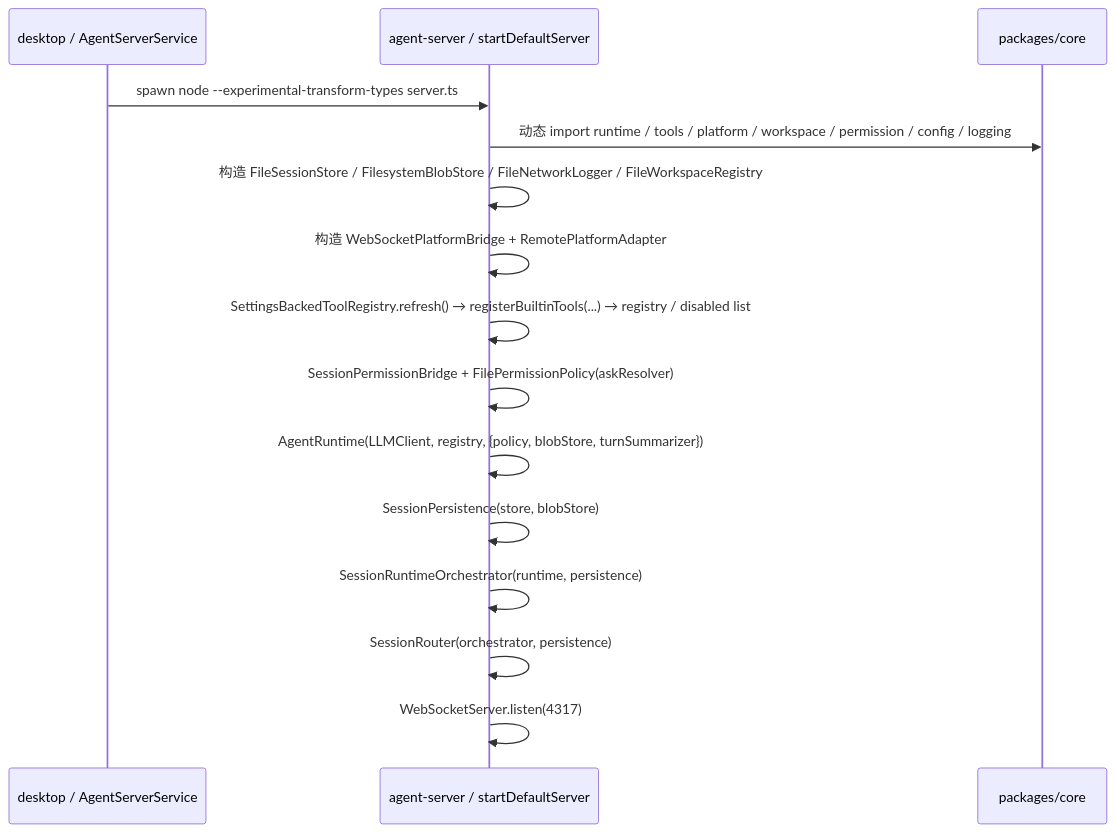
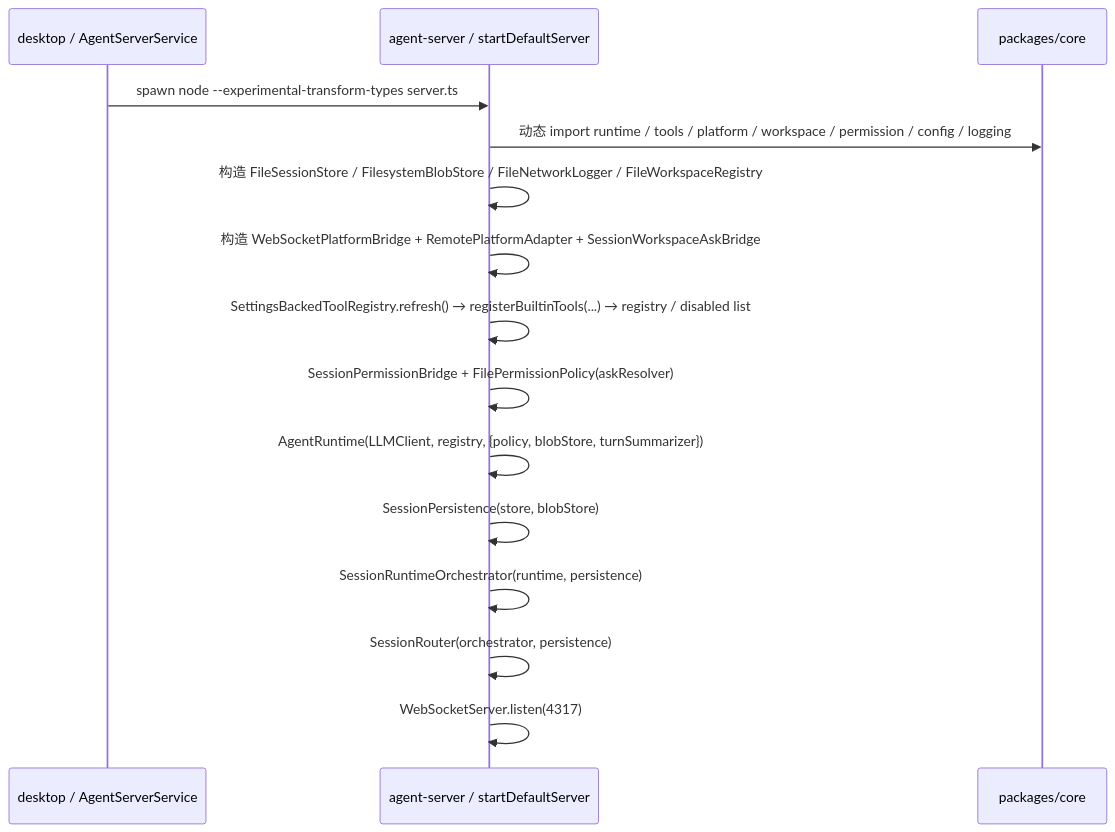
The diagram in apps/agent-server/agent-server.md (Lixuhang987/SpotAgent), drawn with Mermaid before and after one commit. The commit also changed other lines of this file and 26 other files, not shown here.

Commit message:
feat: add workspace ask user tool

````diff
--- a/apps/agent-server/agent-server.md
+++ b/apps/agent-server/agent-server.md
@@ -27,18 +28,18 @@
 ```mermaid
 sequenceDiagram
   participant Desktop as desktop / AgentServerService
   participant Server as agent-server / startDefaultServer
   participant Core as packages/core
 
   Desktop->>Server: spawn node --experimental-transform-types server.ts
   Server->>Core: 动态 import runtime / tools / platform / workspace / permission / config / logging
   Server->>Server: 构造 FileSessionStore / FilesystemBlobStore / FileNetworkLogger / FileWorkspaceRegistry
-  Server->>Server: 构造 WebSocketPlatformBridge + RemotePlatformAdapter
+  Server->>Server: 构造 WebSocketPlatformBridge + RemotePlatformAdapter + SessionWorkspaceAskBridge
   Server->>Server: SettingsBackedToolRegistry.refresh() → registerBuiltinTools(...) → registry / disabled list
   Server->>Server: SessionPermissionBridge + FilePermissionPolicy(askResolver)
   Server->>Server: AgentRuntime(LLMClient, registry, {policy, blobStore, turnSummarizer})
   Server->>Server: SessionPersistence(store, blobStore)
   Server->>Server: SessionRuntimeOrchestrator(runtime, persistence)
   Server->>Server: SessionRouter(orchestrator, persistence)
   Server->>Server: WebSocketServer.listen(4317)
 ```
````
